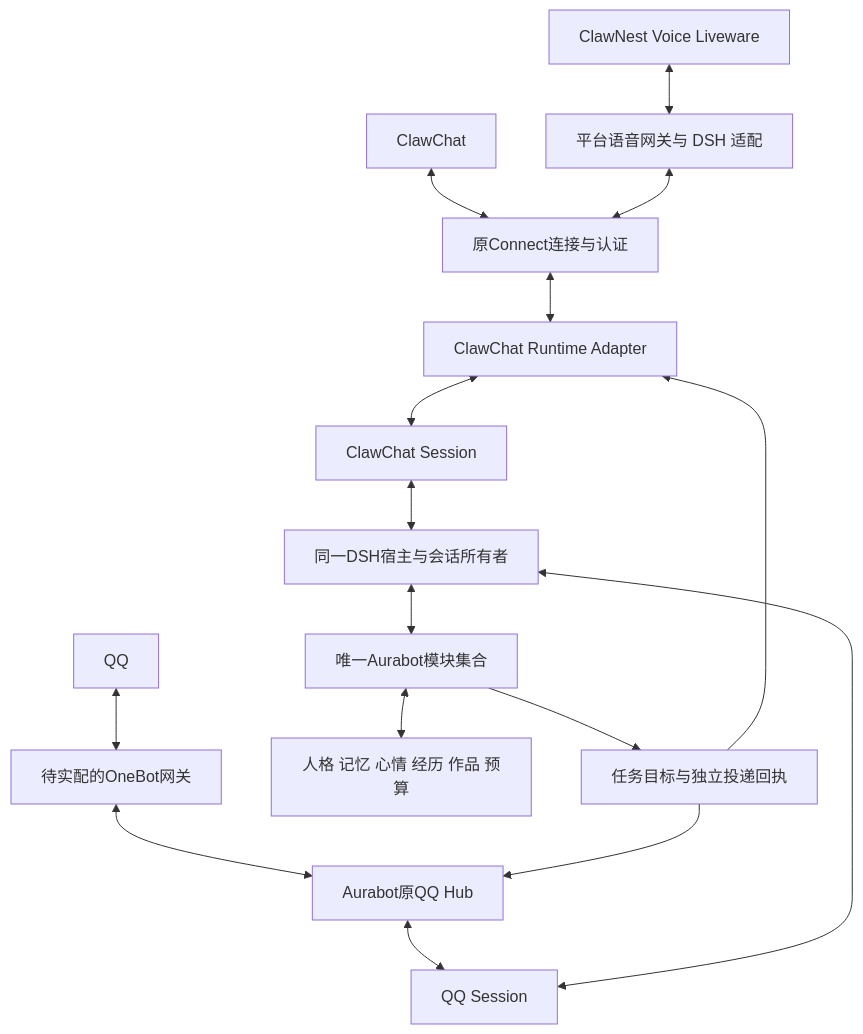
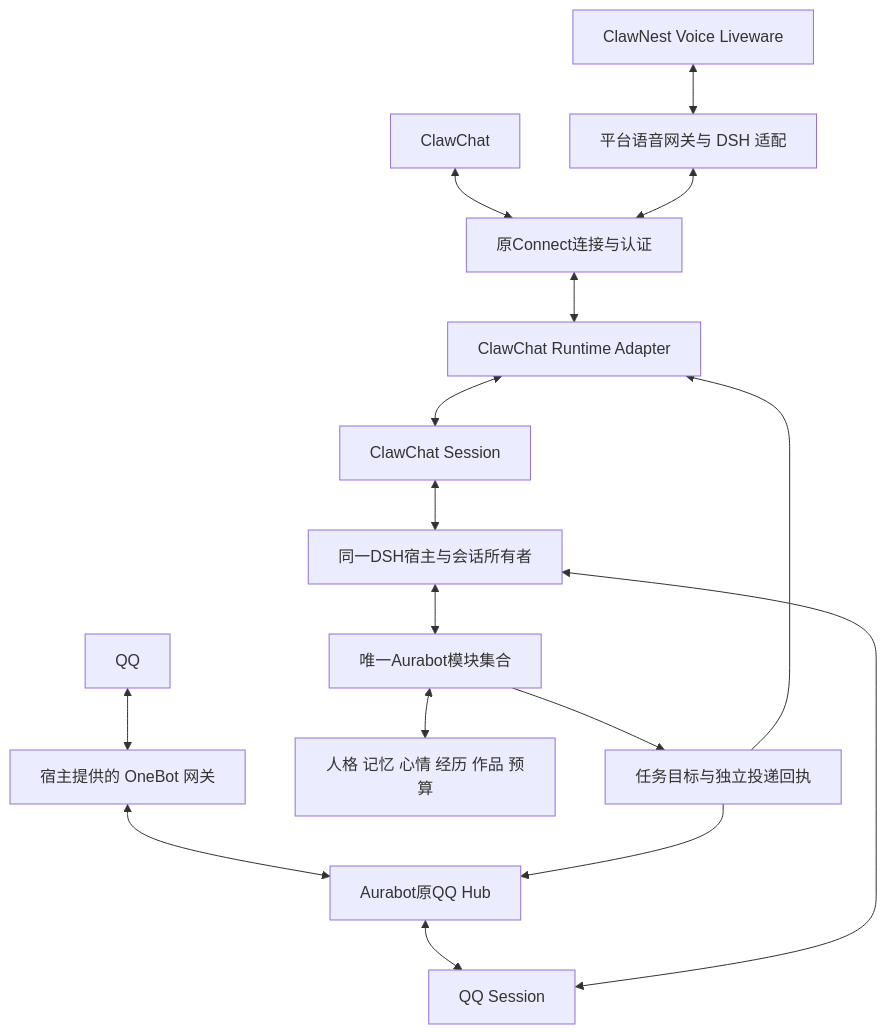
One commit to LoveMaker-art/whale-nest changed the diagram in docs/ARCHITECTURE.md. Above: the diagram before and after it, drawn with Mermaid. The commit also changed other lines of this file and 21 other files, not shown here.

````diff
--- a/docs/ARCHITECTURE.md
+++ b/docs/ARCHITECTURE.md
@@ -7,18 +7,18 @@
 ```mermaid
 flowchart TB
     CC[ClawChat] <--> CORE[原Connect连接与认证]
     CORE <--> CCA[ClawChat Runtime Adapter]
     CCA <--> CCS[ClawChat Session]
-    QQ[QQ] <--> GW[待实配的OneBot网关]
+    QQ[QQ] <--> GW[宿主提供的 OneBot 网关]
     GW <--> HUB[Aurabot原QQ Hub]
     HUB <--> QQS[QQ Session]
     LW[ClawNest Voice Liveware] <--> CALL[平台语音网关与 DSH 适配]
     CALL <--> CORE
     CCS <--> DSH[同一DSH宿主与会话所有者]
     QQS <--> DSH
     DSH <--> MOD[唯一Aurabot模块集合]
     MOD <--> STATE[人格 记忆 心情 经历 作品 预算]
     MOD --> OUT[任务目标与独立投递回执]
     OUT --> CCA
     OUT --> HUB
 ```
````
